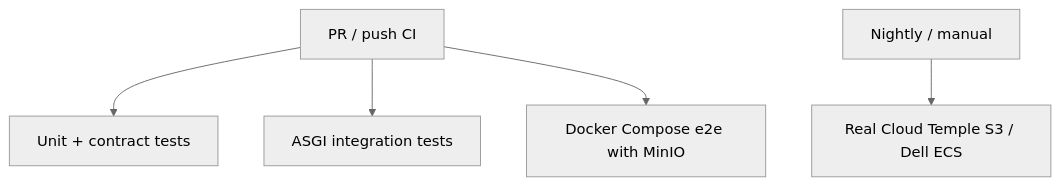
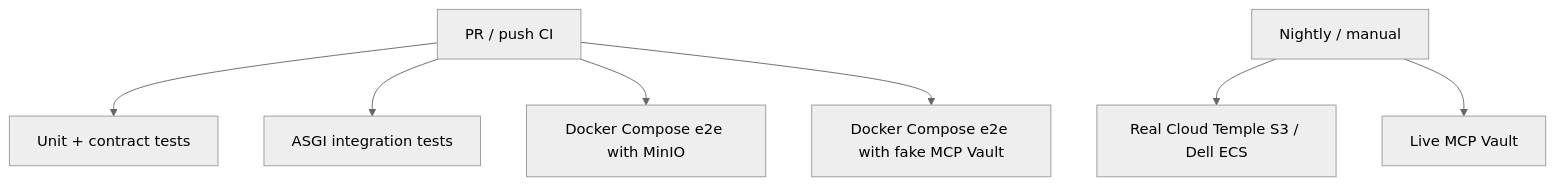
Before and after one commit to Cloud-Temple/starter-kit: the diagram in tests/README.md, drawn with Mermaid (neutral theme). The commit also changed other lines of this file and 4 other files, not shown here.

First line of the commit message:
test: add docker compose e2e for VaultTokenStore

````diff
--- a/tests/README.md
+++ b/tests/README.md
@@ -7,8 +7,10 @@
 ```mermaid
 flowchart TD
     A[PR / push CI] --> B[Unit + contract tests]
     A --> C[ASGI integration tests]
     A --> D[Docker Compose e2e with MinIO]
+    A --> E[Docker Compose e2e with fake MCP Vault]
 
-    E[Nightly / manual] --> F[Real Cloud Temple S3 / Dell ECS]
+    F[Nightly / manual] --> G[Real Cloud Temple S3 / Dell ECS]
+    F --> H[Live MCP Vault]
 ```
````
